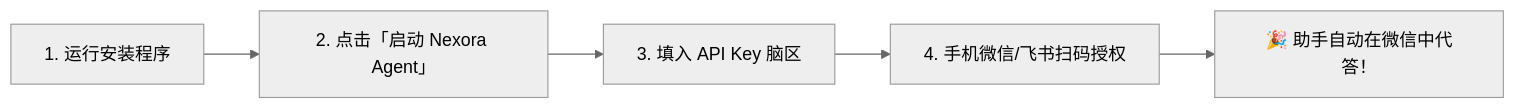
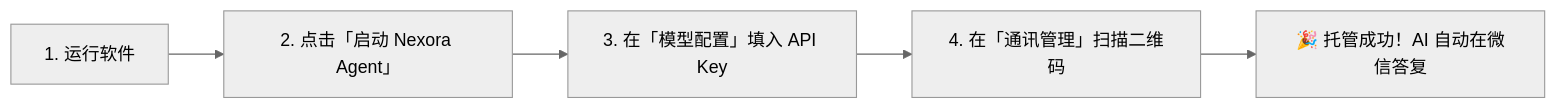
The fifth of 5 diagrams in README.md (2014-y/NexoraAgent), drawn with Mermaid (neutral theme) before and after one commit. The commit also changed other lines of this file, not shown here.

Commit message:
docs(readme): comprehensive version-agnostic system guide with full menu breakdown, workflows, and architecture

````diff
--- a/README.md
+++ b/README.md
@@ -117,7 +298,7 @@
 ```mermaid
 flowchart LR
-    A[1. 运行安装程序] --> B[2. 点击「启动 Nexora Agent」]
-    B --> C[3. 填入 API Key 脑区]
-    C --> D[4. 手机微信/飞书扫码授权]
-    D --> E[🎉 助手自动在微信中代答！]
+    Step1[1. 运行软件] --> Step2[2. 点击「启动 Nexora Agent」]
+    Step2 --> Step3[3. 在「模型配置」填入 API Key]
+    Step3 --> Step4[4. 在「通讯管理」扫描二维码]
+    Step4 --> Step5[🎉 托管成功！AI 自动在微信答复]
 ```
````
